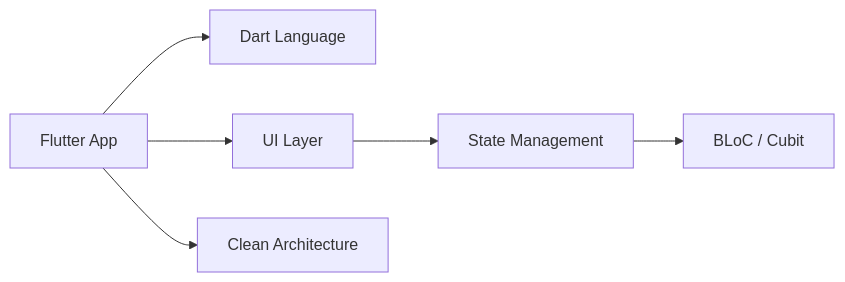
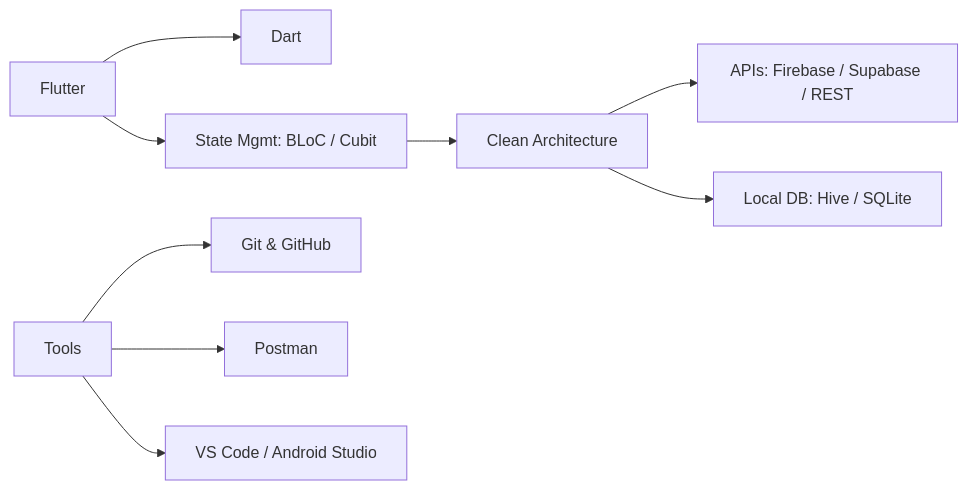
The diagram in README.md (Mohamedali0219/Mohamedali0219), drawn with Mermaid before and after one commit. The commit also changed other lines of this file, not shown here.

````diff
--- a/README.md
+++ b/README.md
@@ -31,8 +18,12 @@
 ```mermaid
 flowchart LR
-A[Flutter App] --> B[Dart Language]
-A --> C[UI Layer]
-C --> D[State Management]
-D --> D1[BLoC / Cubit]
-A --> E[Clean Architecture]
+A[Flutter] --> B[Dart]
+A --> C[State Mgmt: BLoC / Cubit]
+C --> D[Clean Architecture]
+D --> E[APIs: Firebase / Supabase / REST]
+D --> F[Local DB: Hive / SQLite]
+
+G[Tools] --> H[Git & GitHub]
+G --> I[Postman]
+G --> J[VS Code / Android Studio]
 ```
````
